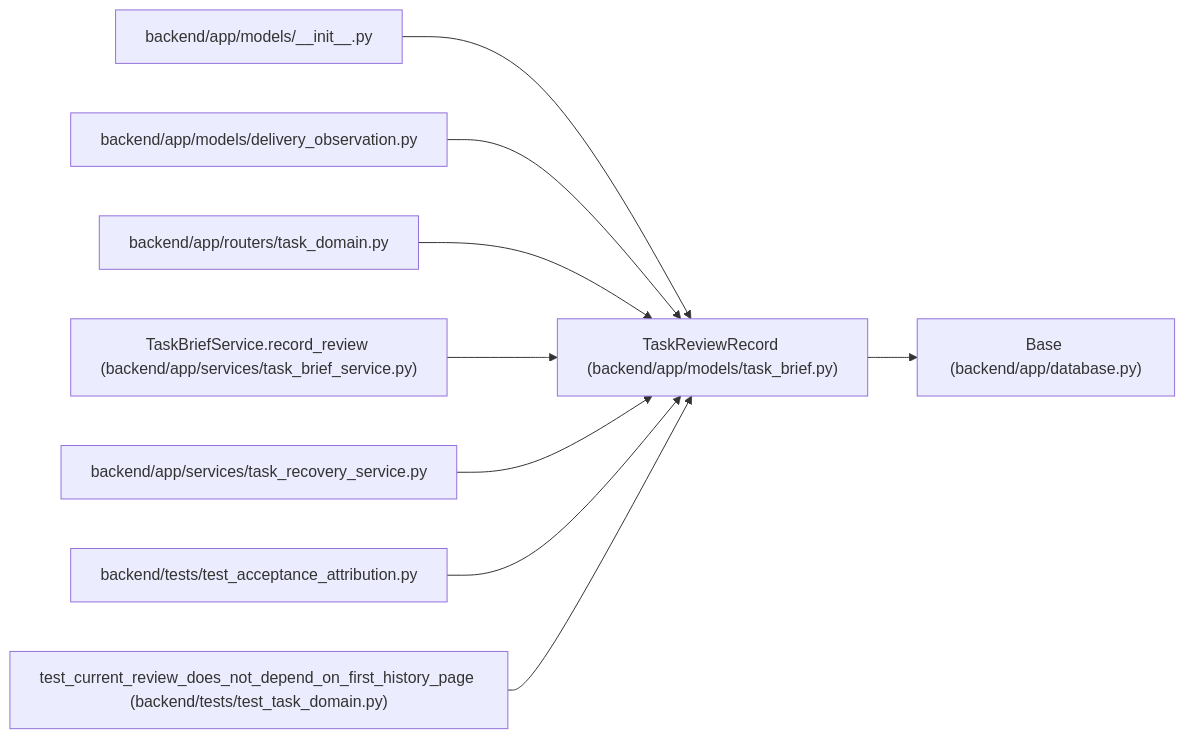
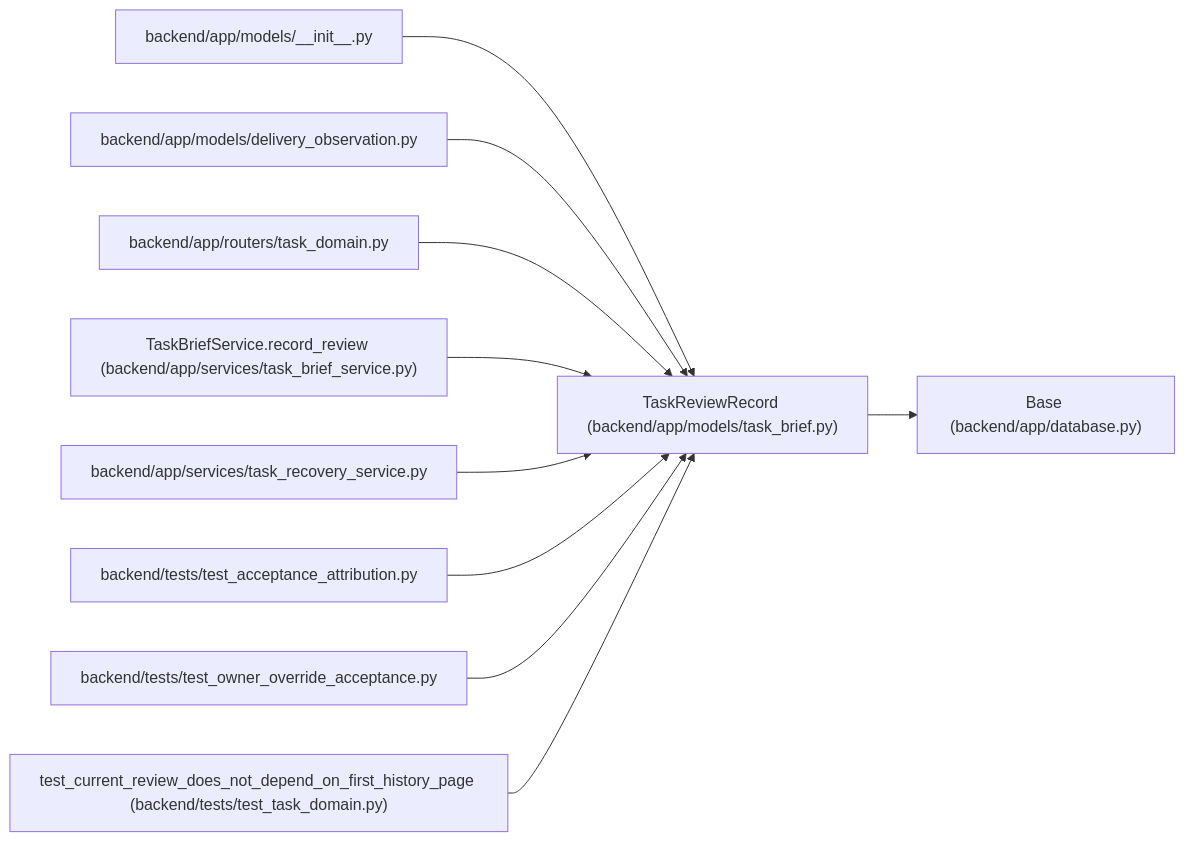
Before and after one commit to Denissvgn/WorkChord: the diagram in docs/llm_wiki/entities/TaskReviewRecord.md, drawn with Mermaid. The commit also changed other lines of this file and 672 other files, not shown here.

Commit message:
Sync the architectural wiki for owner acceptance under the different-publisher policy

````diff
--- a/docs/llm_wiki/entities/TaskReviewRecord.md
+++ b/docs/llm_wiki/entities/TaskReviewRecord.md
@@ -37,29 +38,32 @@
 ```mermaid
 flowchart LR
     n0["TaskReviewRecord (backend/app/models/task_brief.py)"]
     n1["Base (backend/app/database.py)"]
     n2["backend/app/models/__init__.py"]
     n3["backend/app/models/delivery_observation.py"]
     n4["backend/app/routers/task_domain.py"]
     n5["TaskBriefService.record_review (backend/app/services/task_brief_service.py)"]
     n6["backend/app/services/task_recovery_service.py"]
     n7["backend/tests/test_acceptance_attribution.py"]
-    n8["test_current_review_does_not_depend_on_first_history_page (backend/tests/test_task_domain.py)"]
+    n8["backend/tests/test_owner_override_acceptance.py"]
+    n9["test_current_review_does_not_depend_on_first_history_page (backend/tests/test_task_domain.py)"]
     n0 --> n1
     n2 --> n0
     n3 --> n0
     n4 --> n0
     n5 --> n0
     n6 --> n0
     n7 --> n0
     n8 --> n0
+    n9 --> n0
     click n0 "../modules/models_task_brief.md"
     click n1 "../modules/app_database.md"
     click n2 "../modules/models___init__.md"
     click n3 "../modules/delivery_observation.md"
     click n4 "../modules/routers_task_domain.md"
     click n5 "../modules/task_brief_service.md"
     click n6 "../modules/task_recovery_service.md"
     click n7 "../modules/test_acceptance_attribution.md"
-    click n8 "../modules/test_task_domain.md"
+    click n8 "../modules/test_owner_override_acceptance.md"
+    click n9 "../modules/test_task_domain.md"
 ```
````
